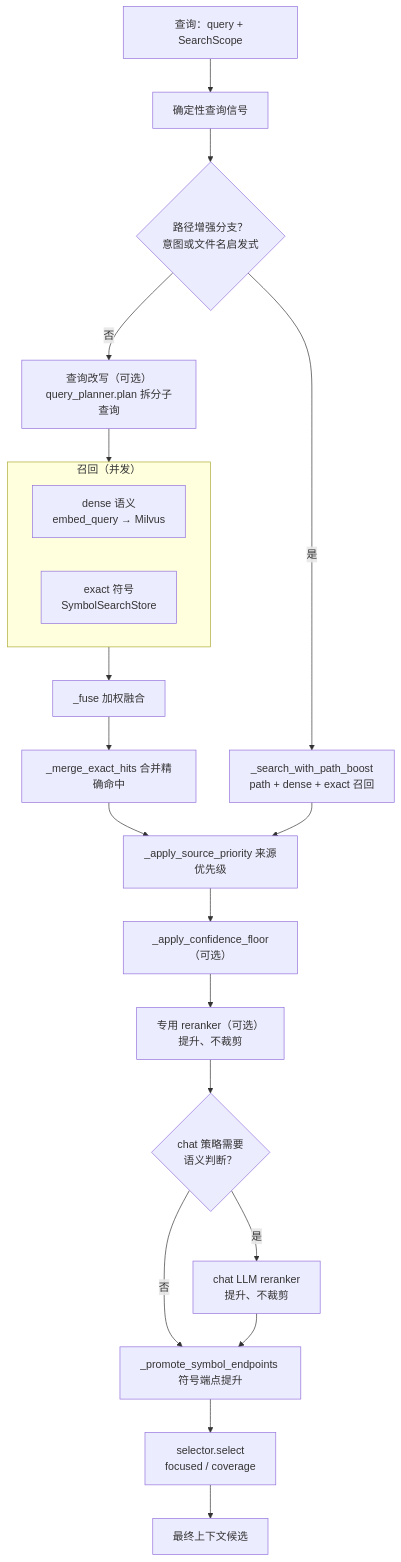
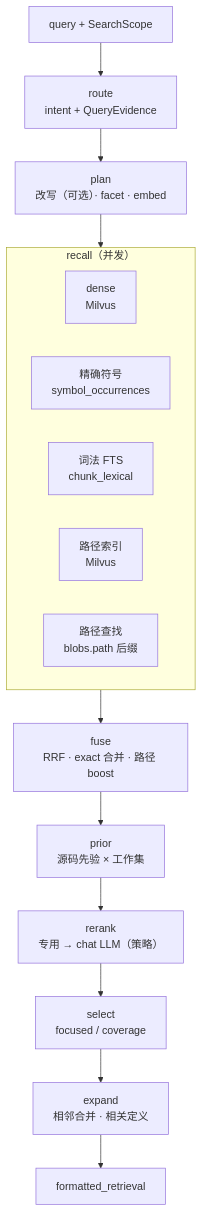
One commit to JasonEX/oce changed the second of 2 diagrams in README.zh-CN.md. Above: the diagram before and after it, drawn with Mermaid. The commit also changed other lines of this file and 64 other files, not shown here.

First line of the commit message:
feat(retrieval): add structural and lexical evidence

````diff
--- a/README.zh-CN.md
+++ b/README.zh-CN.md
@@ -411,31 +431,20 @@
 ```mermaid
 flowchart TB
-    Q["查询：query + SearchScope"]
-    Q --> Intent["确定性查询信号"]
-    Intent --> PathCheck{"路径增强分支？<br/>意图或文件名启发式"}
-
-    PathCheck -->|是| PathBoost["_search_with_path_boost<br/>path + dense + exact 召回"]
-    PathCheck -->|否| Rewrite["查询改写（可选）<br/>query_planner.plan 拆分子查询"]
-
-    Rewrite --> Recall
-
-    subgraph Recall["召回（并发）"]
+    Q["query + SearchScope"] --> Route["route<br/>intent + QueryEvidence"]
+    Route --> Plan["plan<br/>改写（可选）· facet · embed"]
+    Plan --> Recall
+    subgraph Recall["recall（并发）"]
         direction LR
-        Dense["dense 语义<br/>embed_query → Milvus"]
-        Exact["exact 符号<br/>SymbolSearchStore"]
+        Dense["dense<br/>Milvus"]
+        Exact["精确符号<br/>symbol_occurrences"]
+        Lexical["词法 FTS<br/>chunk_lexical"]
+        PathIdx["路径索引<br/>Milvus"]
+        PathLookup["路径查找<br/>blobs.path 后缀"]
     end
-
-    Recall --> Fuse["_fuse 加权融合"]
-    Fuse --> Merge["_merge_exact_hits 合并精确命中"]
-    Merge --> Source["_apply_source_priority 来源优先级"]
-    Source --> Floor["_apply_confidence_floor（可选）"]
-    Floor --> Rerank["专用 reranker（可选）<br/>提升、不裁剪"]
-    Rerank --> Gate{"chat 策略需要<br/>语义判断？"}
-    Gate -->|是| LLMRerank["chat LLM reranker<br/>提升、不裁剪"]
-    Gate -->|否| Promote
-    LLMRerank --> Promote["_promote_symbol_endpoints 符号端点提升"]
-    Promote --> Select["selector.select<br/>focused / coverage"]
-
-    PathBoost --> Source
-    Select --> Out["最终上下文候选"]
+    Recall --> Fuse["fuse<br/>RRF · exact 合并 · 路径 boost"]
+    Fuse --> Prior["prior<br/>源码先验 × 工作集"]
+    Prior --> Rerank["rerank<br/>专用 → chat LLM（策略）"]
+    Rerank --> Select["select<br/>focused / coverage"]
+    Select --> Expand["expand<br/>相邻合并 · 相关定义"]
+    Expand --> Out["formatted_retrieval"]
 ```
````
